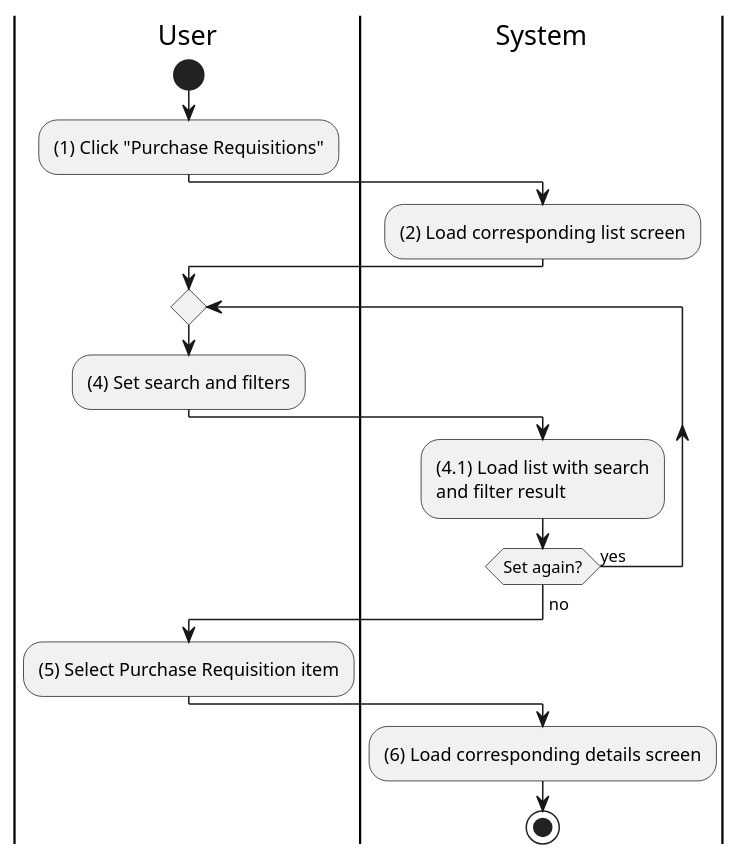
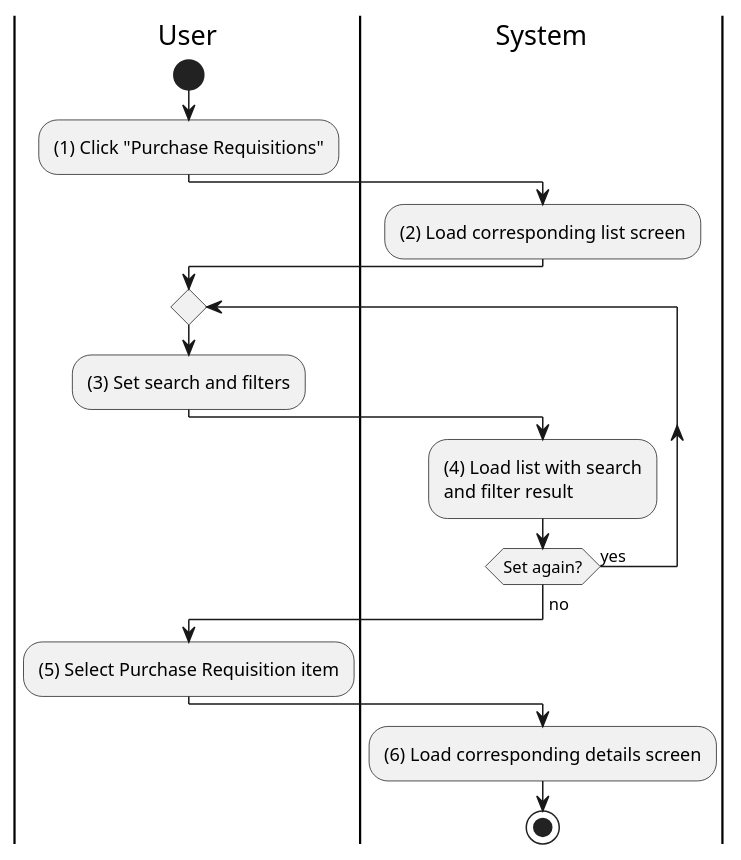
Before and after one commit to phihungha/scmss-reqs: the diagram in activities/purchase-requisition-view.plantuml, drawn with PlantUML.

```diff
--- a/activities/purchase-requisition-view.plantuml
+++ b/activities/purchase-requisition-view.plantuml
@@ -1,28 +1,28 @@
 @startuml purchase-requisition-view
 |u|User
 |s|System
 
 |u|
 start
 :(1) Click "Purchase Requisitions";
 
 |s|
 :(2) Load corresponding list screen;
 
 |u|
 repeat
-    :(4) Set search and filters;
+    :(3) Set search and filters;
 
     |s|
-    :(4.1) Load list with search
+    :(4) Load list with search
     and filter result;
 repeat while (Set again?) is (yes)
 ->no;
 
 |u|
 :(5) Select Purchase Requisition item;
 
 |s|
 :(6) Load corresponding details screen;
 stop
 @enduml
```
